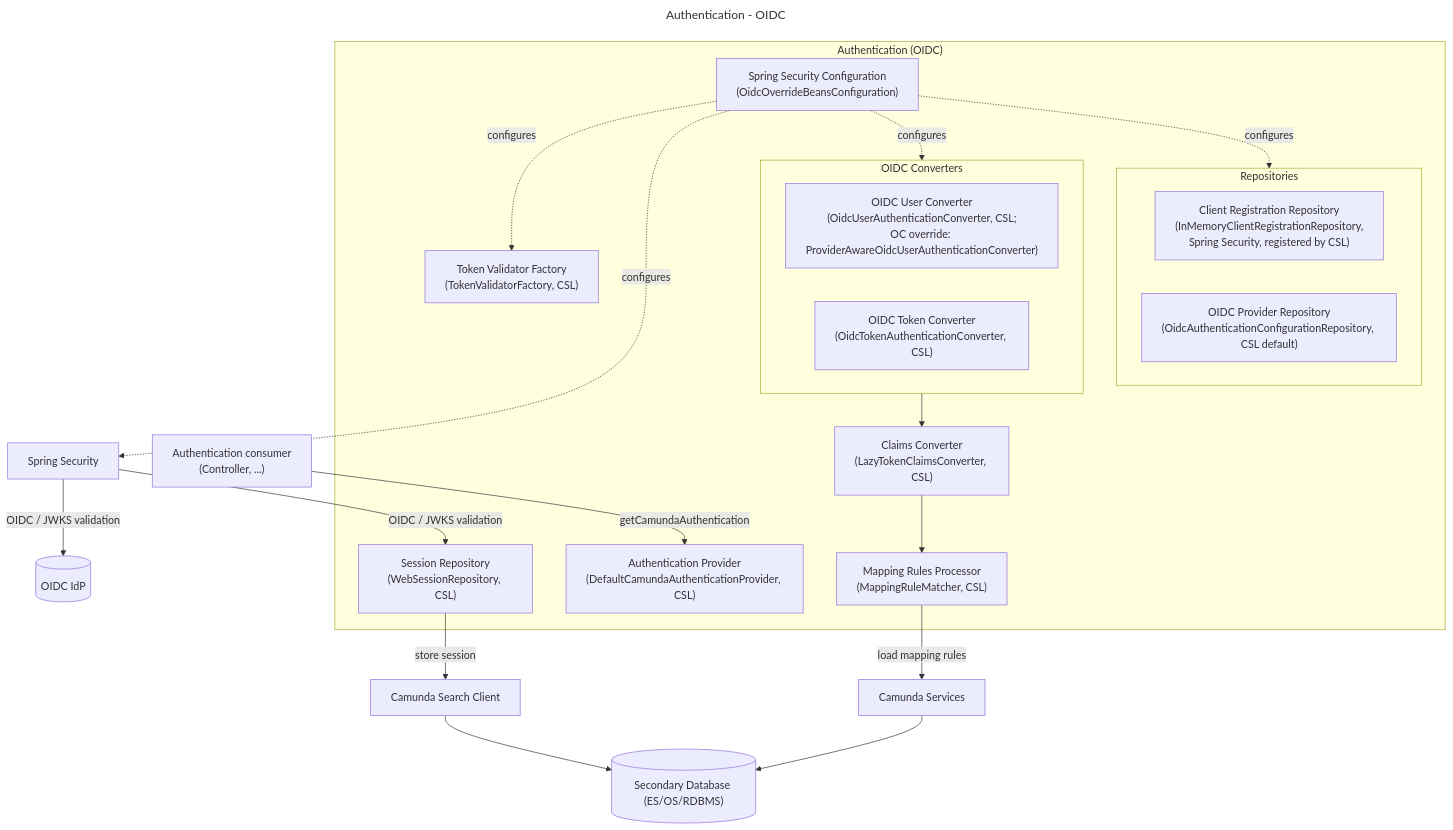
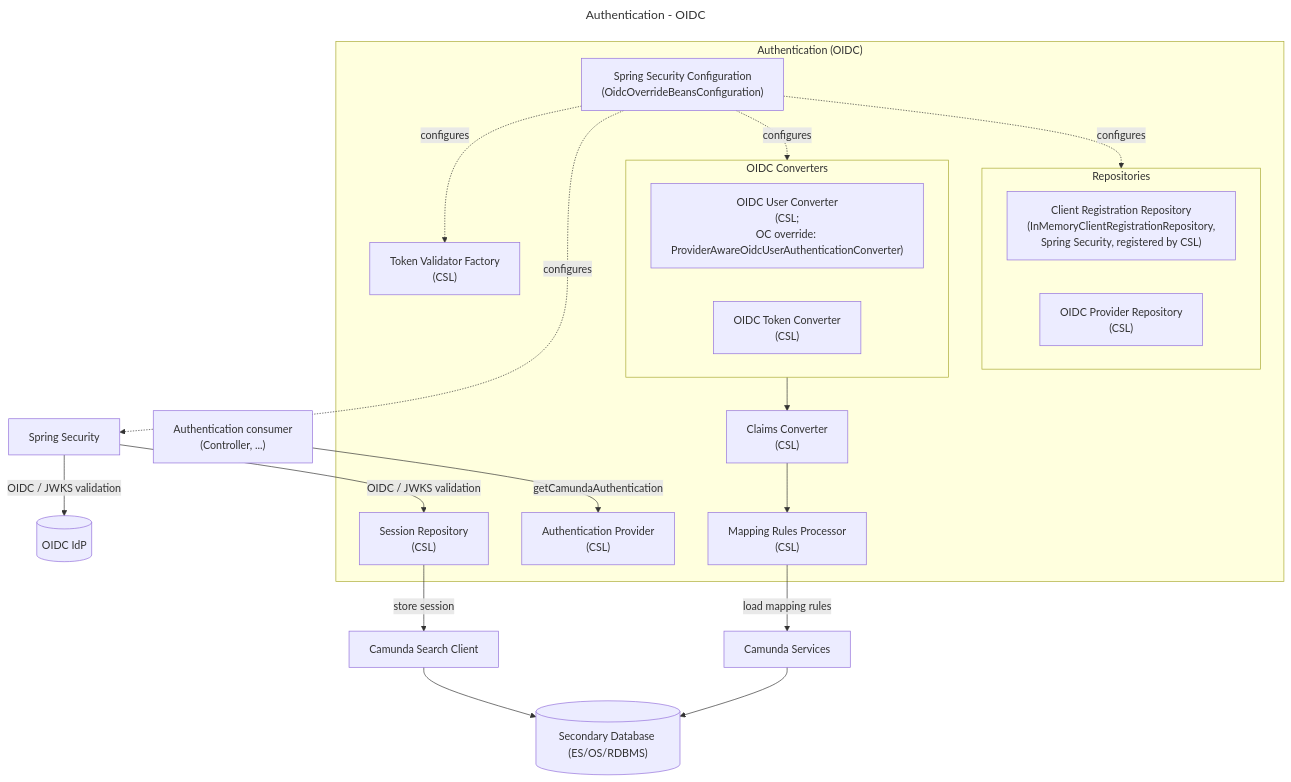
The fifth of 17 diagrams in identity/docs/architecture.md (camunda/camunda), drawn with Mermaid before and after one commit. The commit also changed other lines of this file and 3 other files, not shown here.

````diff
--- a/identity/docs/architecture.md
+++ b/identity/docs/architecture.md
@@ -332,48 +338,48 @@
 ```mermaid
 ---
 title: Authentication - OIDC
 ---
 flowchart TB
   subgraph AUTHENTICATION_OIDC["Authentication (OIDC)"]
     WEB_SEC_CFG["Spring Security Configuration</br>(OidcOverrideBeansConfiguration)"]
 
     subgraph OIDC_CONV["OIDC Converters"]
-      OIDC_USER_CONV["OIDC User Converter</br>(OidcUserAuthenticationConverter, CSL;</br>OC override: ProviderAwareOidcUserAuthenticationConverter)"]
-      OIDC_TOKEN_CONV["OIDC Token Converter</br>(OidcTokenAuthenticationConverter, CSL)"]
+      OIDC_USER_CONV["OIDC User Converter</br>(CSL;</br>OC override: ProviderAwareOidcUserAuthenticationConverter)"]
+      OIDC_TOKEN_CONV["OIDC Token Converter</br>(CSL)"]
     end
 
     subgraph REPOSITORIES["Repositories"]
       CLIENT_REG_REPO["Client Registration Repository</br>(InMemoryClientRegistrationRepository,</br>Spring Security, registered by CSL)"]
-      OIDC_PROVIDER_REPO["OIDC Provider Repository</br>(OidcAuthenticationConfigurationRepository, CSL default)"]
+      OIDC_PROVIDER_REPO["OIDC Provider Repository</br>(CSL)"]
     end
 
-    TOKEN_VALIDATOR["Token Validator Factory</br>(TokenValidatorFactory, CSL)"]
+    TOKEN_VALIDATOR["Token Validator Factory</br>(CSL)"]
 
-    CLAIMS_CONV["Claims Converter</br>(LazyTokenClaimsConverter, CSL)"]
-    MAPPING_RULES_PROC["Mapping Rules Processor</br>(MappingRuleMatcher, CSL)"]
-    SESSION_MGR["Session Repository</br>(WebSessionRepository, CSL)"]
-    AUTH_PROVIDER["Authentication Provider</br>(DefaultCamundaAuthenticationProvider, CSL)"]
+    CLAIMS_CONV["Claims Converter</br>(CSL)"]
+    MAPPING_RULES_PROC["Mapping Rules Processor</br>(CSL)"]
+    SESSION_MGR["Session Repository</br>(CSL)"]
+    AUTH_PROVIDER["Authentication Provider</br>(CSL)"]
 
     WEB_SEC_CFG -.->|"configures"| OIDC_CONV
     WEB_SEC_CFG -.->|"configures"| REPOSITORIES
     WEB_SEC_CFG -.->|"configures"| TOKEN_VALIDATOR
 
     OIDC_CONV --> CLAIMS_CONV
     CLAIMS_CONV --> MAPPING_RULES_PROC
   end
 
   AUTH_CONSUMER["Authentication consumer</br> (Controller, ...)"] -->|"getCamundaAuthentication"| AUTH_PROVIDER
 
   SPRING_SECURITY["Spring Security"]
 
   IDP[("OIDC IdP")]
   CAMUNDA_SERVICES["Camunda Services"]
   CAMUNDA_SEARCH_CLIENT["Camunda Search Client"]
   SECONDARY_DB[("Secondary Database (ES/OS/RDBMS)")]
 
   WEB_SEC_CFG -.->|"configures"| SPRING_SECURITY
   SPRING_SECURITY -->|"OIDC / JWKS validation"| IDP & SESSION_MGR
   MAPPING_RULES_PROC -->|"load mapping rules"| CAMUNDA_SERVICES
   CAMUNDA_SERVICES --> SECONDARY_DB
   SESSION_MGR -->|"store session"| CAMUNDA_SEARCH_CLIENT --> SECONDARY_DB
 ```
````
